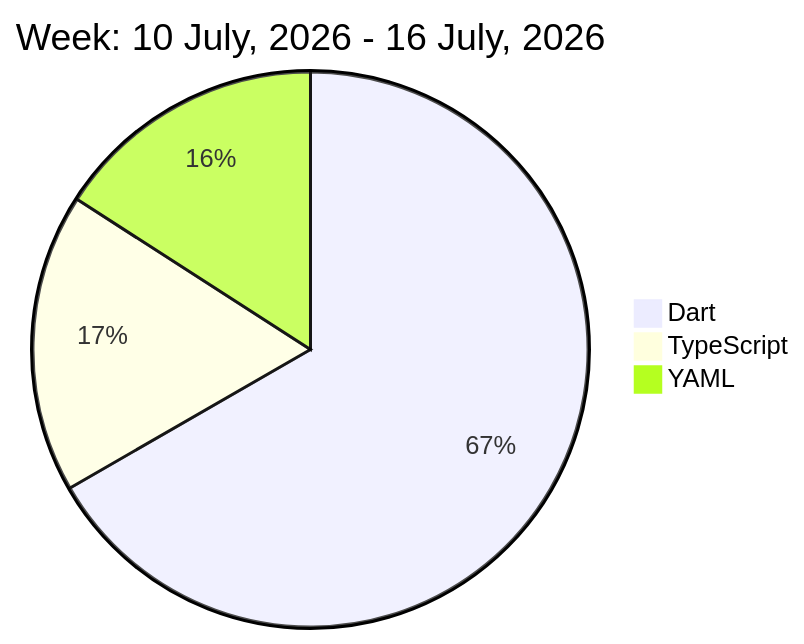
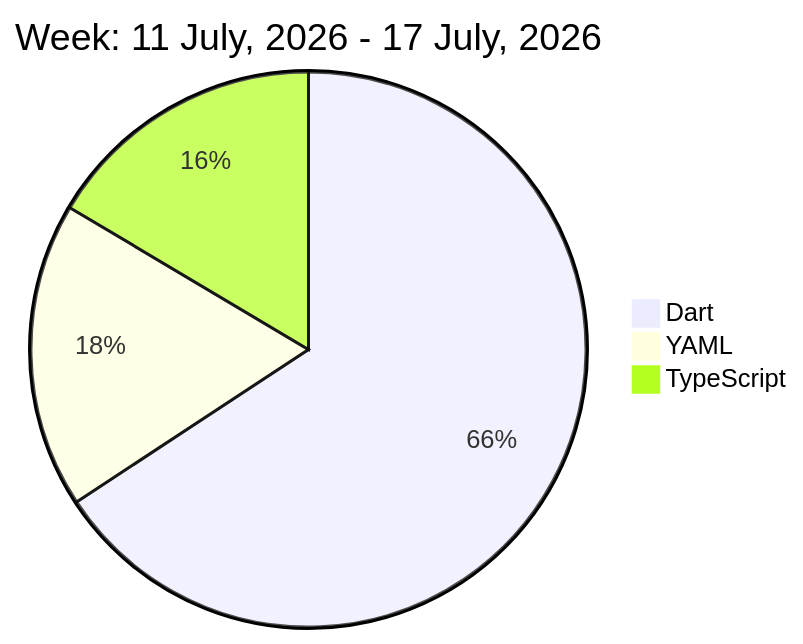
The diagram in README.md (liubin95/liubin95), drawn with Mermaid before and after one commit.

Commit message:
Updated the Graph with new Metrics

````diff
--- a/README.md
+++ b/README.md
@@ -32,7 +32,7 @@
 ```mermaid
  pie
-title Week: 10 July, 2026 - 16 July, 2026
- "Dart" : 11.03
- "TypeScript" : 2.88
- "YAML" : 2.63
+title Week: 11 July, 2026 - 17 July, 2026
+ "Dart" : 11.9
+ "YAML" : 3.22
+ "TypeScript" : 2.98
 ```
````
